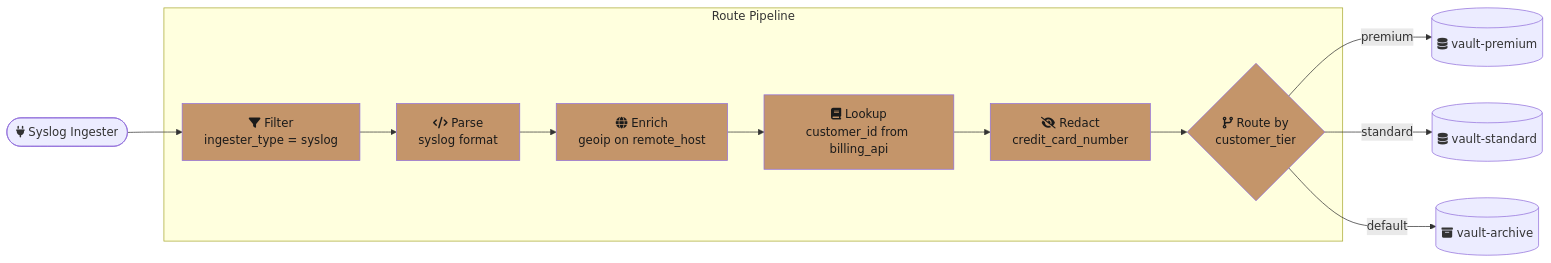
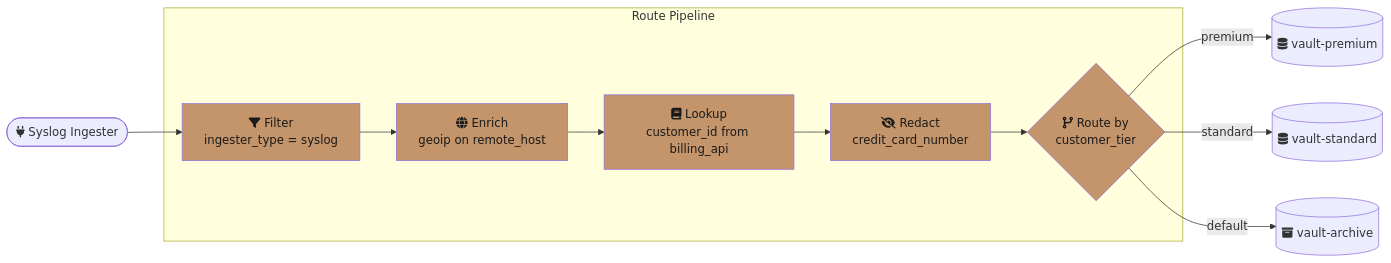
One commit to kluzzebass/gastrolog changed the first of 5 diagrams in docs/vision.md. Above: the diagram before and after it, drawn with Mermaid. The commit also changed other lines of this file and 1 other file, not shown here.

````diff
--- a/docs/vision.md
+++ b/docs/vision.md
@@ -48,24 +48,22 @@
 ```mermaid
 flowchart LR
     IN([fa:fa-plug Syslog Ingester]) --> F
 
     subgraph Route Pipeline
         F[fa:fa-filter Filter<br/>ingester_type = syslog]
-        F --> P[fa:fa-code Parse<br/>syslog format]
-        P --> G[fa:fa-globe Enrich<br/>geoip on remote_host]
+        F --> G[fa:fa-globe Enrich<br/>geoip on remote_host]
         G --> L[fa:fa-book Lookup<br/>customer_id from billing_api]
         L --> R[fa:fa-eye-slash Redact<br/>credit_card_number]
         R --> S{fa:fa-code-branch Route by<br/>customer_tier}
     end
 
     S -->|premium| V1[(fa:fa-database vault-premium)]
     S -->|standard| V2[(fa:fa-database vault-standard)]
     S -->|default| V3[(fa:fa-archive vault-archive)]
 
     style F fill:#c4956a,color:#1a1a1a
-    style P fill:#c4956a,color:#1a1a1a
     style G fill:#c4956a,color:#1a1a1a
     style L fill:#c4956a,color:#1a1a1a
     style R fill:#c4956a,color:#1a1a1a
     style S fill:#c4956a,color:#1a1a1a
 ```
````
